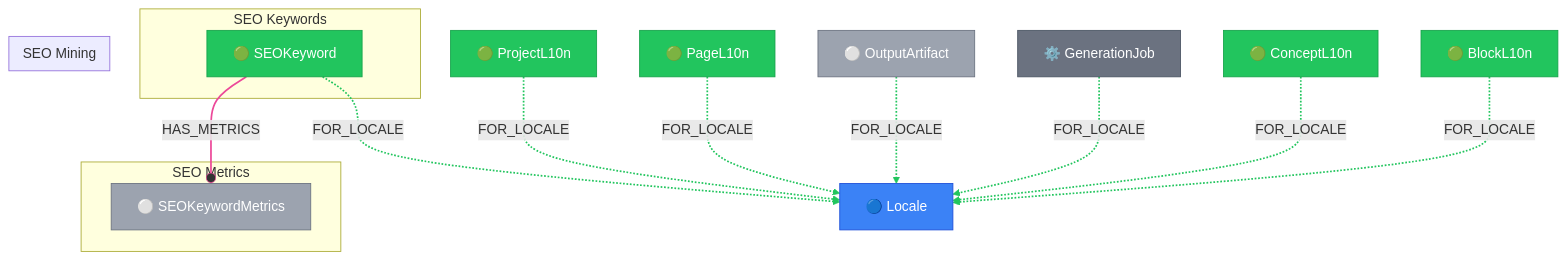
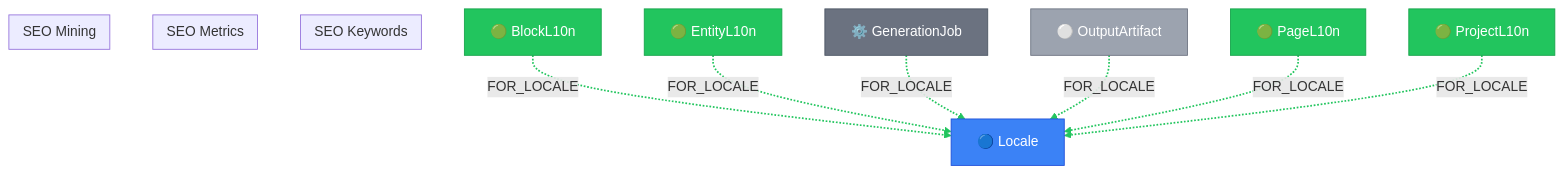
One commit to supernovae-st/novanet changed the diagram in packages/core/models/docs/shared-layer.md. Above: the diagram before and after it, drawn with Mermaid. The commit also changed other lines of this file and 42 other files, not shown here.

First line of the commit message:
refactor(core): complete v10.3 Entity-Centric Architecture cleanup

````diff
--- a/packages/core/models/docs/shared-layer.md
+++ b/packages/core/models/docs/shared-layer.md
@@ -33,57 +33,50 @@
 ```mermaid
 flowchart TB
   %% View: Shared Layer (shared-layer)
-  %% 9 nodes, 8 edges
+  %% 7 nodes, 6 edges
 
   %% Trait styling (node_trait)
   classDef invariant fill:#3b82f6,stroke:#1d4ed8,color:#fff
   classDef localized fill:#22c55e,stroke:#16a34a,color:#fff
   classDef knowledge fill:#8b5cf6,stroke:#7c3aed,color:#fff
   classDef derived fill:#9ca3af,stroke:#6b7280,color:#fff
   classDef job fill:#6b7280,stroke:#4b5563,color:#fff
 
   subgraph SEO_KEYWORDS["SEO Keywords"]
-    SEOKeyword["🟢 SEOKeyword"]
   end
 
   subgraph SEO_METRICS["SEO Metrics"]
-    SEOKeywordMetrics["⚪ SEOKeywordMetrics"]
   end
 
   subgraph SEO_MINING["SEO Mining"]
   end
 
   %% Additional reachable nodes
   BlockL10n["🟢 BlockL10n"]
-  ConceptL10n["🟢 ConceptL10n"]
+  EntityL10n["🟢 EntityL10n"]
   GenerationJob["⚙️ GenerationJob"]
   Locale["🔵 Locale"]
   OutputArtifact["⚪ OutputArtifact"]
   PageL10n["🟢 PageL10n"]
   ProjectL10n["🟢 ProjectL10n"]
 
   %% Relationships (styled by arc family)
   BlockL10n -.->|FOR_LOCALE| Locale
-  ConceptL10n -.->|FOR_LOCALE| Locale
+  EntityL10n -.->|FOR_LOCALE| Locale
   GenerationJob -.->|FOR_LOCALE| Locale
   OutputArtifact -.->|FOR_LOCALE| Locale
   PageL10n -.->|FOR_LOCALE| Locale
   ProjectL10n -.->|FOR_LOCALE| Locale
-  SEOKeyword -.->|FOR_LOCALE| Locale
-  SEOKeyword --o|HAS_METRICS| SEOKeywordMetrics
 
   %% Edge colors by family
-  linkStyle 0,1,2,3,4,5,6 stroke:#22c55e,stroke-width:2px
-  linkStyle 7 stroke:#ec4899,stroke-width:2px
+  linkStyle 0,1,2,3,4,5 stroke:#22c55e,stroke-width:2px
 
   %% Class assignments
   class BlockL10n localized
-  class ConceptL10n localized
+  class EntityL10n localized
   class GenerationJob job
   class Locale invariant
   class OutputArtifact derived
   class PageL10n localized
   class ProjectL10n localized
-  class SEOKeyword localized
-  class SEOKeywordMetrics derived
 ```
````
